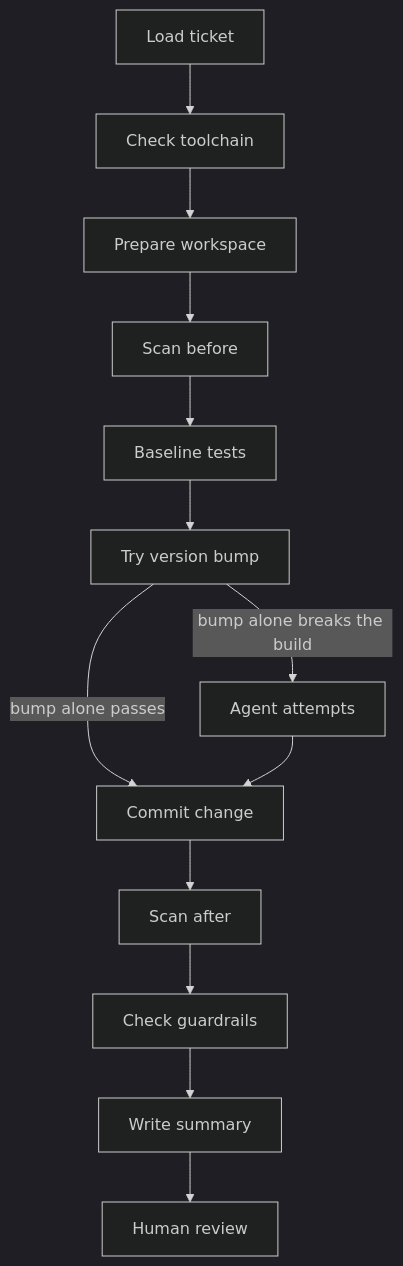
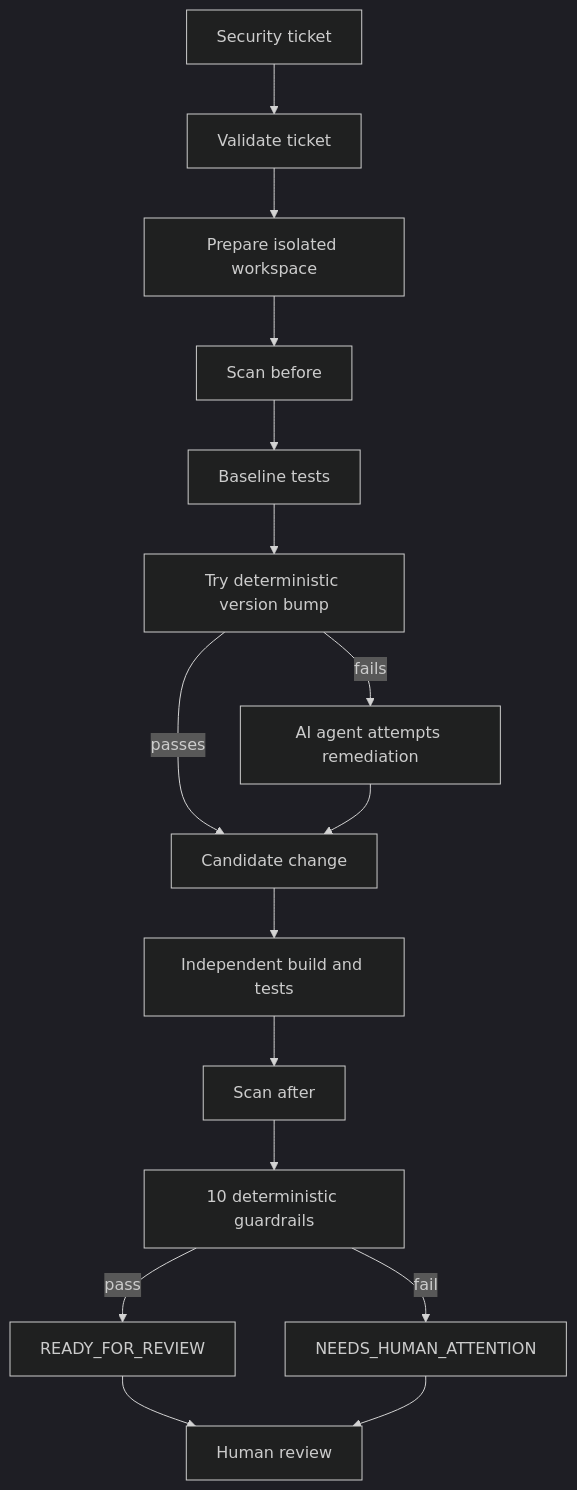
Before and after one commit to samueltin/ai-remediation-demo: the first of 2 diagrams in docs/DEMO.md, drawn with Mermaid (dark theme). The commit also changed other lines of this file and 1 other file, not shown here.

First line of the commit message:
docs: replace the demo with a rewritten version and archive the original

````diff
--- a/docs/DEMO.md
+++ b/docs/DEMO.md
@@ -22,15 +31,18 @@
 ```mermaid
 flowchart TD
-    A[Load ticket] --> B[Check toolchain]
-    B --> C[Prepare workspace]
+    A[Security ticket] --> B[Validate ticket]
+    B --> C[Prepare isolated workspace]
     C --> D[Scan before]
     D --> E[Baseline tests]
-    E --> F[Try version bump]
-    F -->|bump alone breaks the build| G[Agent attempts]
-    F -->|bump alone passes| H[Commit change]
+    E --> F[Try deterministic version bump]
+    F -->|passes| H[Candidate change]
+    F -->|fails| G[AI agent attempts remediation]
     G --> H
-    H --> I[Scan after]
-    I --> J[Check guardrails]
-    J --> K[Write summary]
-    K --> L[Human review]
+    H --> I[Independent build and tests]
+    I --> J[Scan after]
+    J --> K[10 deterministic guardrails]
+    K -->|pass| L[READY_FOR_REVIEW]
+    K -->|fail| M[NEEDS_HUMAN_ATTENTION]
+    L --> N[Human review]
+    M --> N
 ```
````
